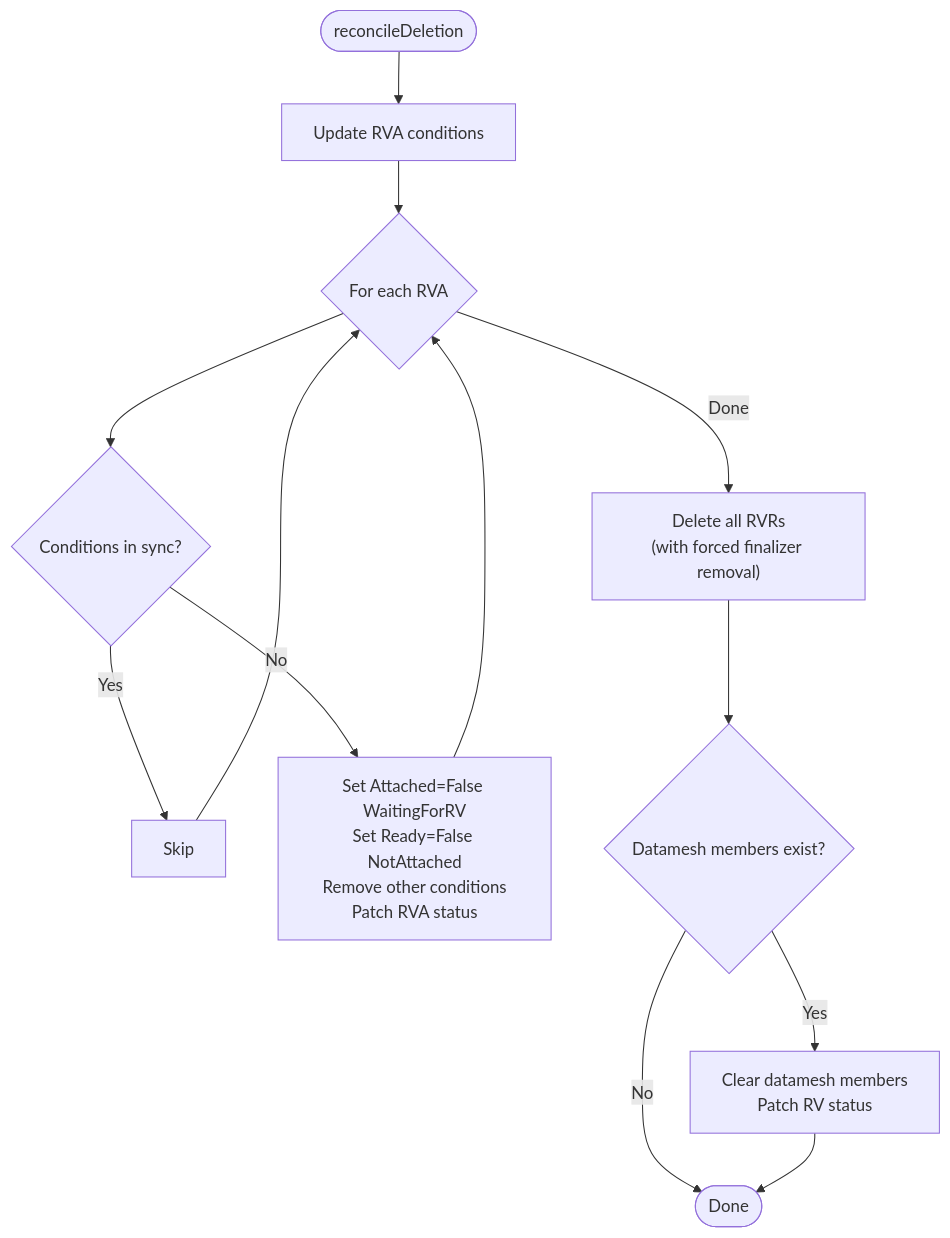
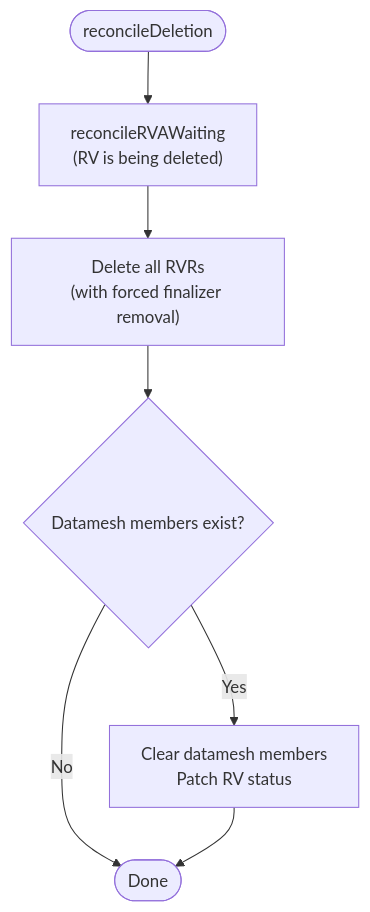
Before and after one commit to deckhouse/sds-replicated-volume: the third of 13 diagrams in images/controller/internal/controllers/rv_controller/README.md, drawn with Mermaid. The commit also changed other lines of this file and 14 other files, not shown here.

````diff
--- a/images/controller/internal/controllers/rv_controller/README.md
+++ b/images/controller/internal/controllers/rv_controller/README.md
@@ -369,17 +421,10 @@
 ```mermaid
 flowchart TD
-    Start([reconcileDeletion]) --> UpdateRVAs[Update RVA conditions]
-    UpdateRVAs --> LoopRVA{"For each RVA"}
-    LoopRVA --> CheckRVASync{Conditions in sync?}
-    CheckRVASync -->|Yes| SkipRVA[Skip]
-    CheckRVASync -->|No| PatchRVA["Set Attached=False WaitingForRV<br/>Set Ready=False NotAttached<br/>Remove other conditions<br/>Patch RVA status"]
+    Start([reconcileDeletion]) --> UpdateRVAs["reconcileRVAWaiting<br/>(RV is being deleted)"]
 
-    SkipRVA --> LoopRVA
-    PatchRVA --> LoopRVA
-
-    LoopRVA -->|Done| DeleteRVRs["Delete all RVRs<br/>(with forced finalizer removal)"]
+    UpdateRVAs --> DeleteRVRs["Delete all RVRs<br/>(with forced finalizer removal)"]
     DeleteRVRs --> CheckMembers{Datamesh members exist?}
     CheckMembers -->|Yes| ClearMembers["Clear datamesh members<br/>Patch RV status"]
     CheckMembers -->|No| End([Done])
     ClearMembers --> End
 ```
````
